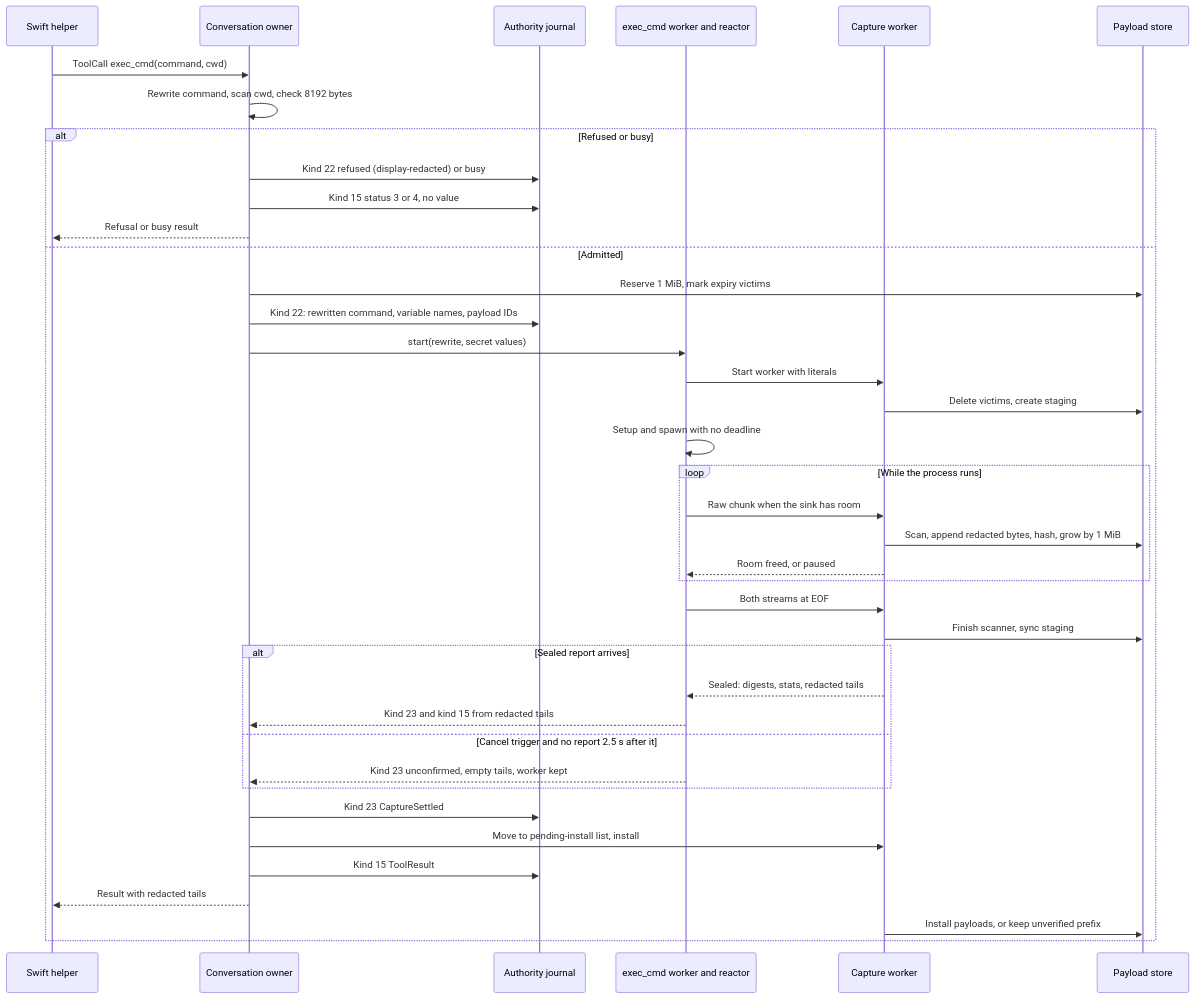
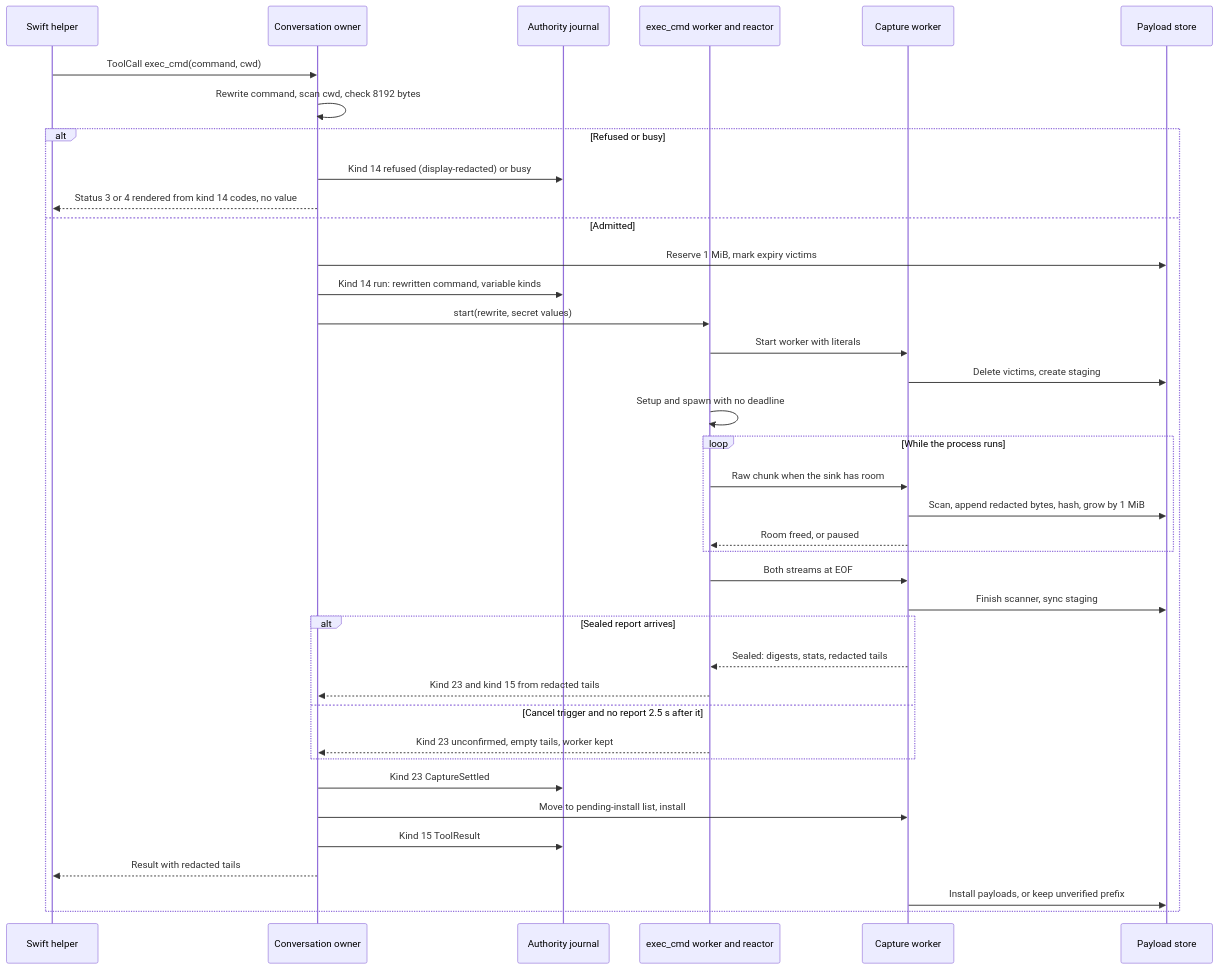
The eighth of 8 diagrams in docs/designs/tool-job-controller.md (pidster/asura), drawn with Mermaid before and after one commit. The commit also changed other lines of this file and 77 other files, not shown here.

````diff
--- a/docs/designs/tool-job-controller.md
+++ b/docs/designs/tool-job-controller.md
@@ -1553,41 +1563,40 @@
 ```mermaid
 sequenceDiagram
     participant M as Swift helper
     participant C as Conversation owner
     participant J as Authority journal
     participant W as exec_cmd worker and reactor
     participant K as Capture worker
     participant S as Payload store
     M->>C: ToolCall exec_cmd(command, cwd)
     C->>C: Rewrite command, scan cwd, check 8192 bytes
     alt Refused or busy
-        C->>J: Kind 22 refused (display-redacted) or busy
-        C->>J: Kind 15 status 3 or 4, no value
-        C-->>M: Refusal or busy result
+        C->>J: Kind 14 refused (display-redacted) or busy
+        C-->>M: Status 3 or 4 rendered from kind 14 codes, no value
     else Admitted
         C->>S: Reserve 1 MiB, mark expiry victims
-        C->>J: Kind 22: rewritten command, variable names, payload IDs
+        C->>J: Kind 14 run: rewritten command, variable kinds
         C->>W: start(rewrite, secret values)
         W->>K: Start worker with literals
         K->>S: Delete victims, create staging
         W->>W: Setup and spawn with no deadline
         loop While the process runs
             W->>K: Raw chunk when the sink has room
             K->>S: Scan, append redacted bytes, hash, grow by 1 MiB
             K-->>W: Room freed, or paused
         end
         W->>K: Both streams at EOF
         K->>S: Finish scanner, sync staging
         alt Sealed report arrives
             K-->>W: Sealed: digests, stats, redacted tails
             W-->>C: Kind 23 and kind 15 from redacted tails
         else Cancel trigger and no report 2.5 s after it
             W-->>C: Kind 23 unconfirmed, empty tails, worker kept
         end
         C->>J: Kind 23 CaptureSettled
         C->>K: Move to pending-install list, install
         C->>J: Kind 15 ToolResult
         C-->>M: Result with redacted tails
         K->>S: Install payloads, or keep unverified prefix
     end
 ```
````
